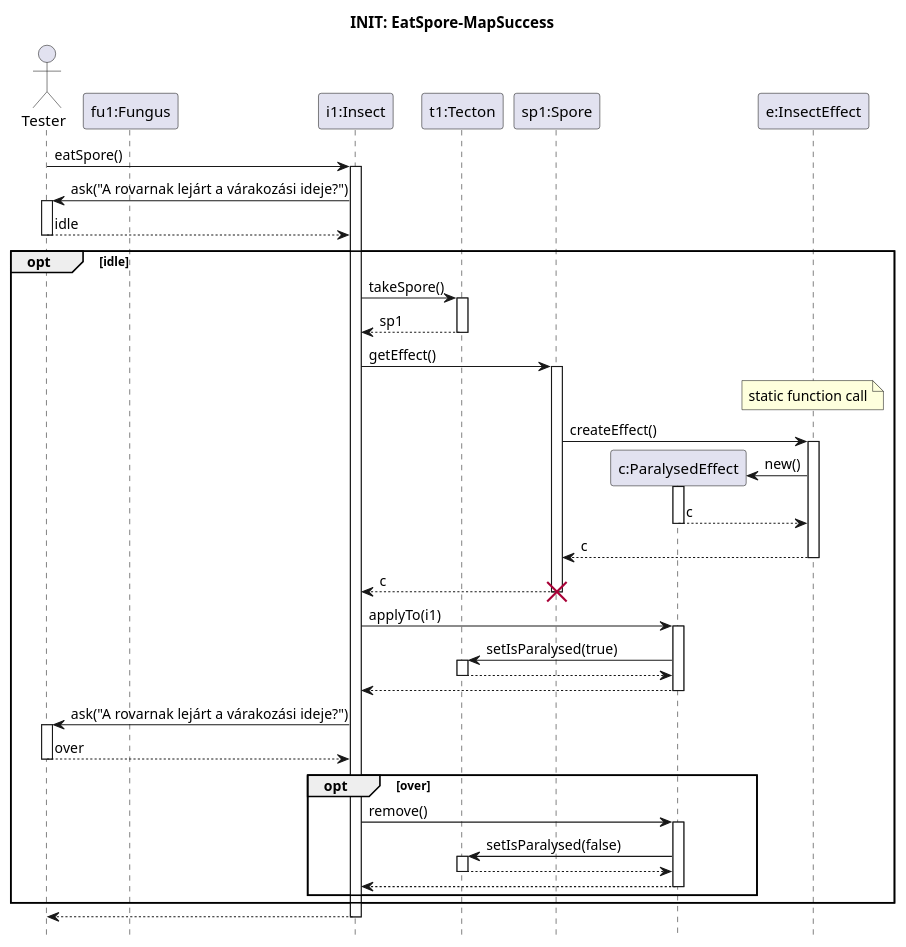
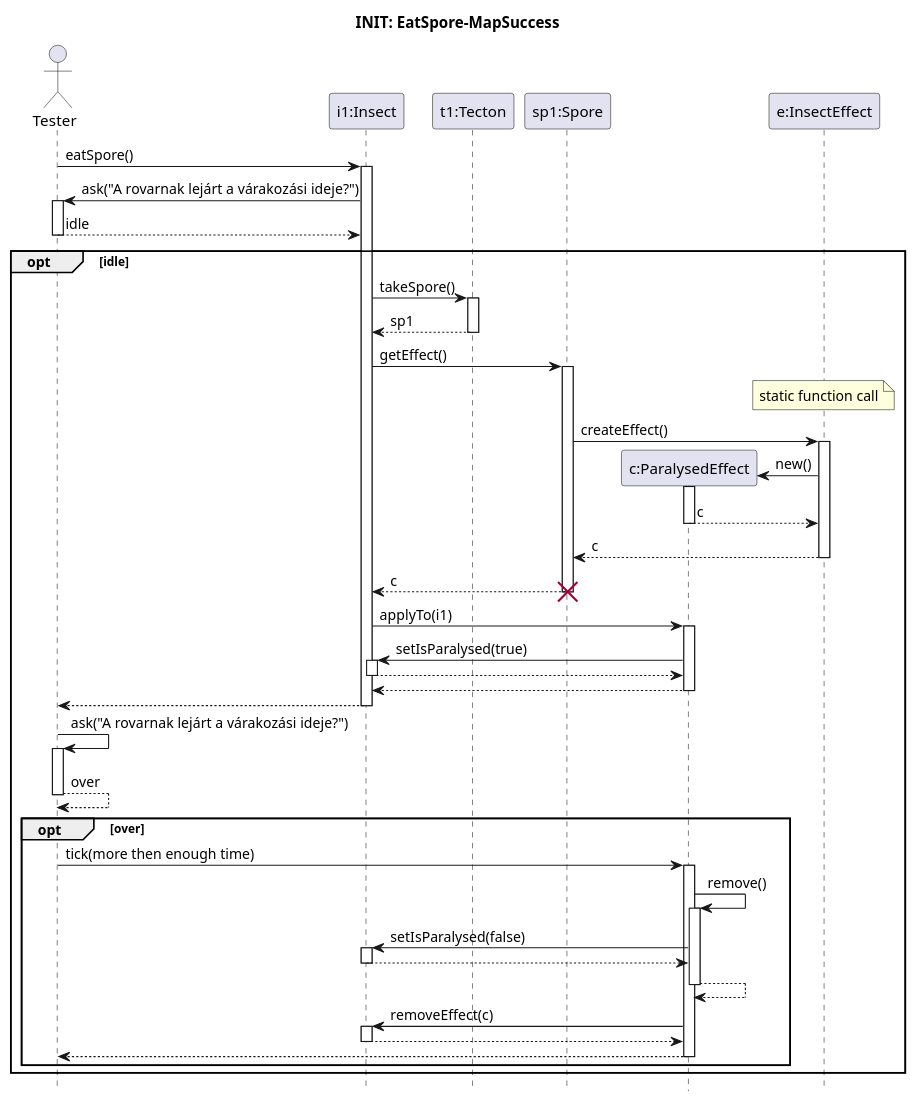
Before and after one commit to ZD4ve/projlab-error521: the diagram in Skeleton/Eat-spore/get-paralysedeffect.pu, drawn with PlantUML. The commit also changed 2 other files, not shown here.

Commit message:
fixed eat-spore diagrams

```diff
--- a/Skeleton/Eat-spore/get-paralysedeffect.pu
+++ b/Skeleton/Eat-spore/get-paralysedeffect.pu
@@ -1,71 +1,79 @@
 @startuml Eat-spore/get-get-paralysedeffect
 hide footbox
 
 title INIT: EatSpore-MapSuccess
 
 actor Tester as S
 
-participant "fu1:Fungus" as fu1
 participant "i1:Insect" as i1
 participant "t1:Tecton" as t1
 participant "sp1:Spore" as sp1
 participant "c:ParalysedEffect" as c
 participant "e:InsectEffect" as e
 
 S -> i1 : eatSpore()
 activate i1
 
 S <- i1 : ask("A rovarnak lejárt a várakozási ideje?")
 activate S
 return idle
 
 opt idle
     i1 -> t1 : takeSpore()
     activate t1
 
     return sp1
 
     i1 -> sp1 : getEffect()
     note over e : static function call
     activate sp1
 
     sp1 -> e : createEffect()
     activate e
 
     create c
     e -> c : new()
     activate c
 
     return c
 
     return c
     return c
     destroy sp1
 
     i1 -> c : applyTo(i1)
     activate c
-    c -> t1 : setIsParalysed(true)
-    activate t1
+    c -> i1 : setIsParalysed(true)
+    activate i1
+    return
+
     return
 
     return
     
-    i1 -> S : ask("A rovarnak lejárt a várakozási ideje?")
+    S -> S : ask("A rovarnak lejárt a várakozási ideje?")
     activate S
     return over
 
     opt over
-        i1 -> c : remove()
+        S -> c : tick(more then enough time)
         activate c
 
-        c -> t1 : setIsParalysed(false)
-        activate t1
+        c -> c : remove()
+        activate c
+
+        c -> i1 : setIsParalysed(false)
+        activate i1
+        return
+
+        return
+
+        c -> i1 : removeEffect(c)
+        activate i1
         return
 
         return    
     end
 end
 
-return
-
 @enduml
```
